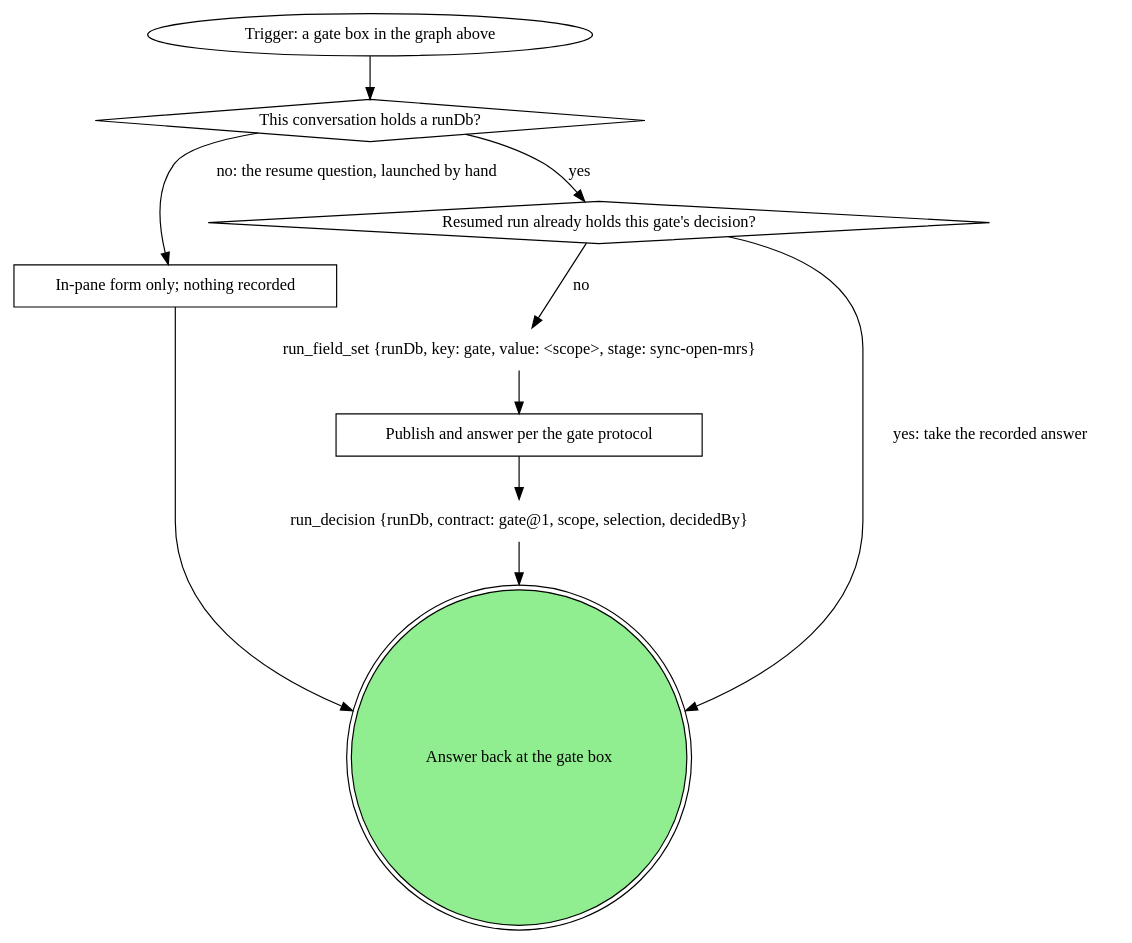
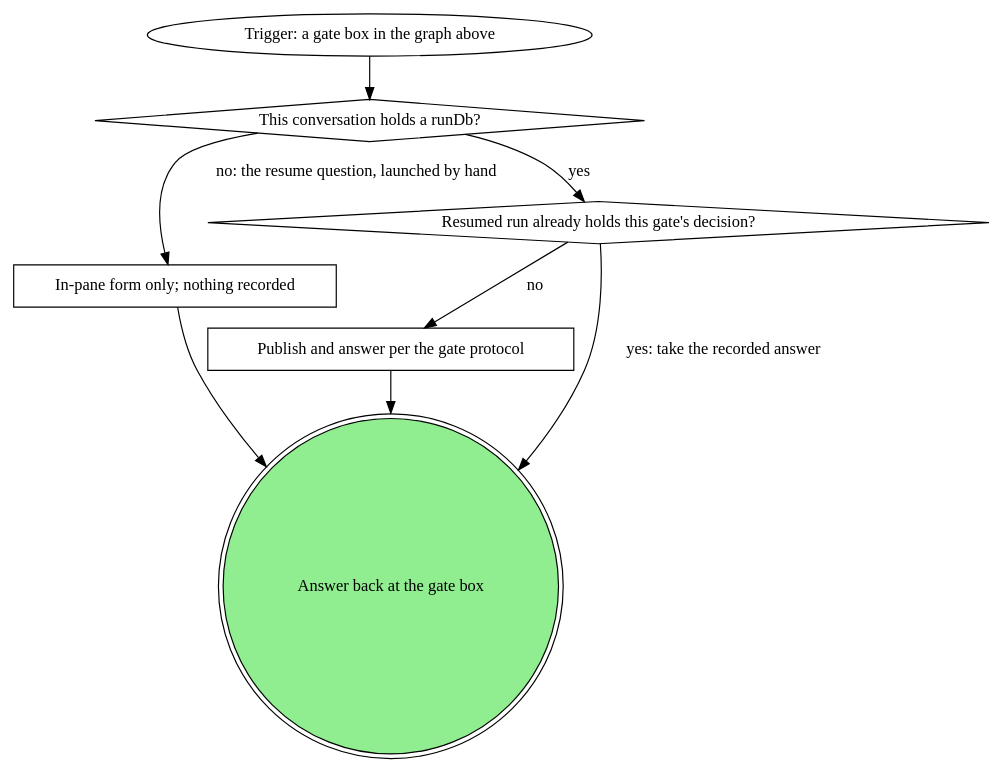
The second of 2 diagrams in plugins/mattstack/attachments/forge/sync-open-mrs/SKILL.md (m4ttstack/mattstack), drawn with Graphviz before and after one commit. The commit also changed other lines of this file and 3 other files, not shown here.

Commit message:
sync-open-mrs: gate steps let gate_ask and gate_answer bracket and record the gate under the run

````diff
--- a/plugins/mattstack/attachments/forge/sync-open-mrs/SKILL.md
+++ b/plugins/mattstack/attachments/forge/sync-open-mrs/SKILL.md
@@ -510,24 +510,20 @@
 ```dot
 digraph gate_steps {
     rankdir=TB;
 
     trigger_gate_box [label="Trigger: a gate box in the graph above" shape=ellipse];
     holds_rundb [label="This conversation holds a runDb?" shape=diamond];
     pane_form_only [label="In-pane form only; nothing recorded" shape=box];
     resumed_holds_decision [label="Resumed run already holds this gate's decision?" shape=diamond];
-    run_field_set_gate [label="run_field_set {runDb, key: gate, value: <scope>, stage: sync-open-mrs}" shape=plaintext];
     publish_answer [label="Publish and answer per the gate protocol" shape=box];
-    run_decision [label="run_decision {runDb, contract: gate@1, scope, selection, decidedBy}" shape=plaintext];
     answer_back [label="Answer back at the gate box" shape=doublecircle style=filled fillcolor=lightgreen];
 
     trigger_gate_box -> holds_rundb;
     holds_rundb -> resumed_holds_decision [label="yes"];
     holds_rundb -> pane_form_only [label="no: the resume question, launched by hand"];
     pane_form_only -> answer_back;
     resumed_holds_decision -> answer_back [label="yes: take the recorded answer"];
-    resumed_holds_decision -> run_field_set_gate [label="no"];
-    run_field_set_gate -> publish_answer;
-    publish_answer -> run_decision;
-    run_decision -> answer_back;
+    resumed_holds_decision -> publish_answer [label="no"];
+    publish_answer -> answer_back;
 }
 ```
````
